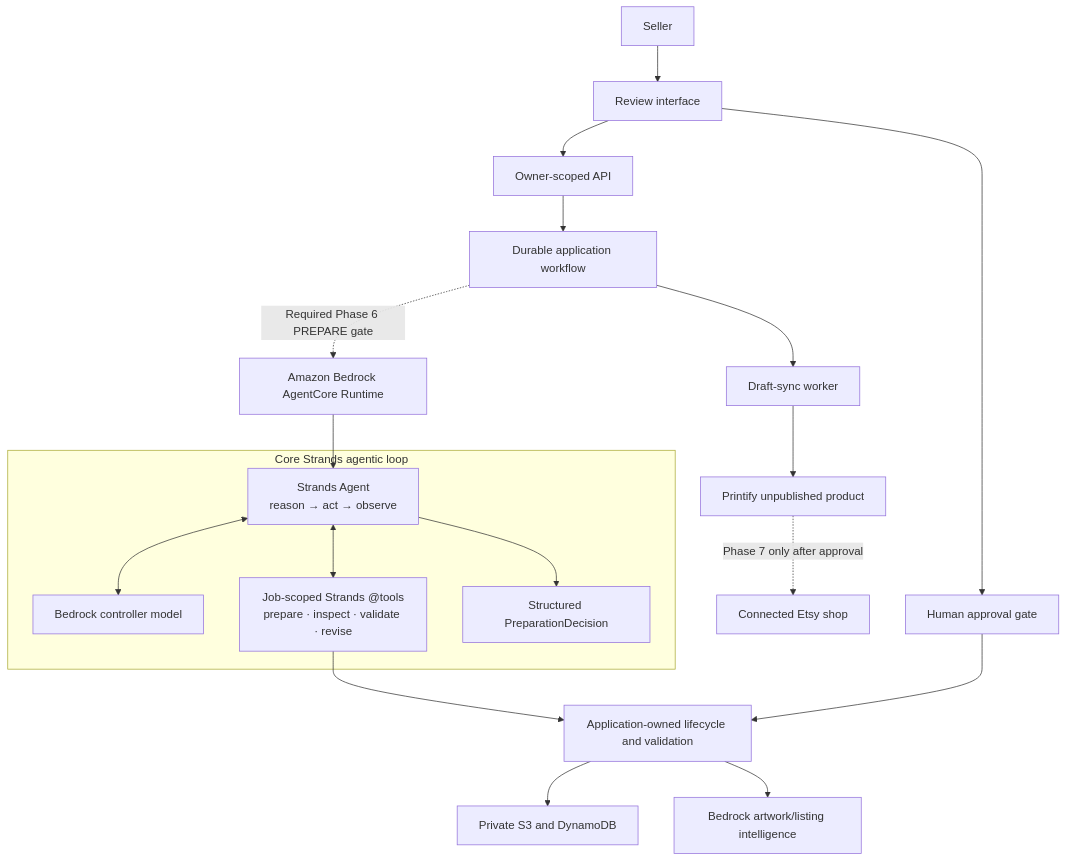
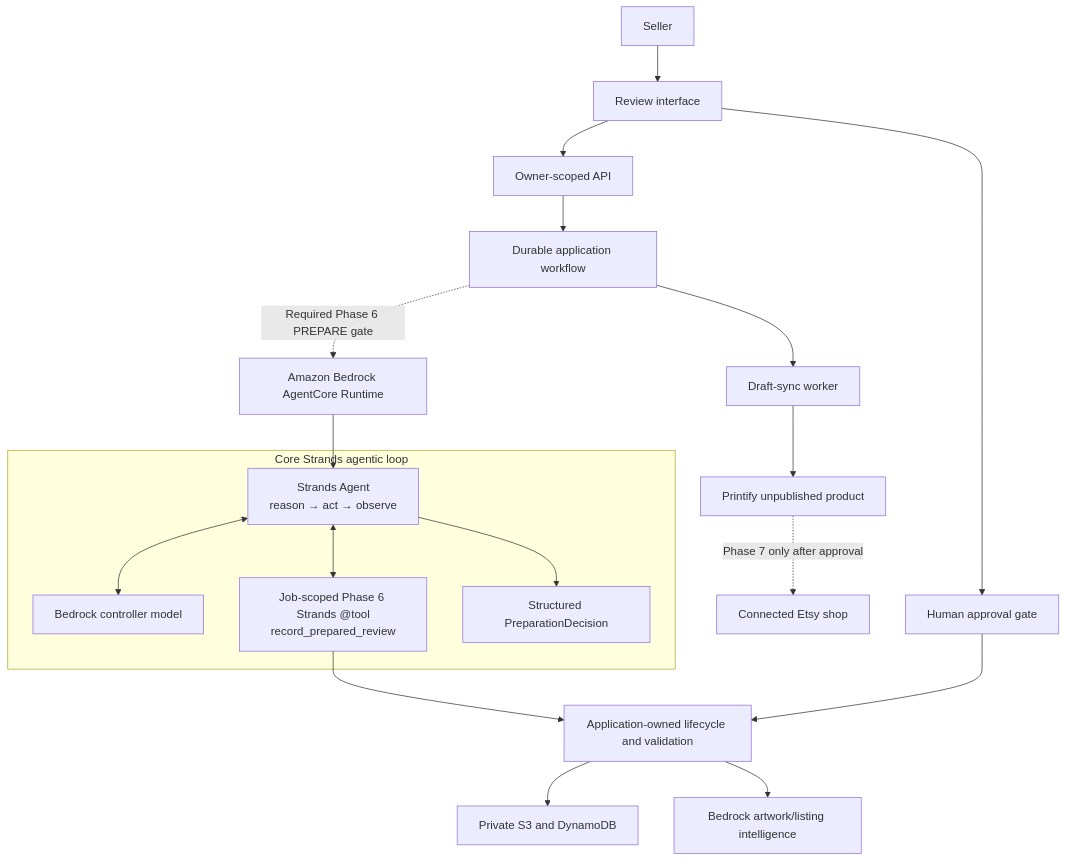
The diagram in README.md (ElDangerBadger/mr-lister), drawn with Mermaid before and after one commit. The commit also changed other lines of this file and 47 other files, not shown here.

Commit message:
feat: build durable Phase 6 Strands product sync core

````diff
--- a/README.md
+++ b/README.md
@@ -65,27 +72,27 @@
 ```mermaid
 flowchart TD
     U["Seller"] --> UI["Review interface"]
     UI --> API["Owner-scoped API"]
     API --> SF["Durable application workflow"]
     SF -.->|Required Phase 6 PREPARE gate| AC["Amazon Bedrock AgentCore Runtime"]
 
     subgraph SL["Core Strands agentic loop"]
         SA["Strands Agent<br/>reason → act → observe"]
         CM["Bedrock controller model"]
-        JT["Job-scoped Strands @tools<br/>prepare · inspect · validate · revise"]
+        JT["Job-scoped Phase 6 Strands @tool<br/>record_prepared_review"]
         SR["Structured PreparationDecision"]
         SA <--> CM
         SA <--> JT
         SA --> SR
     end
 
     AC --> SA
     JT --> F["Application-owned lifecycle and validation"]
     F --> S["Private S3 and DynamoDB"]
     F --> BI["Bedrock artwork/listing intelligence"]
     SF --> DS["Draft-sync worker"]
     DS --> P["Printify unpublished product"]
     UI --> G["Human approval gate"]
     G --> F
     P -.->|Phase 7 only after approval| E["Connected Etsy shop"]
 ```
````
